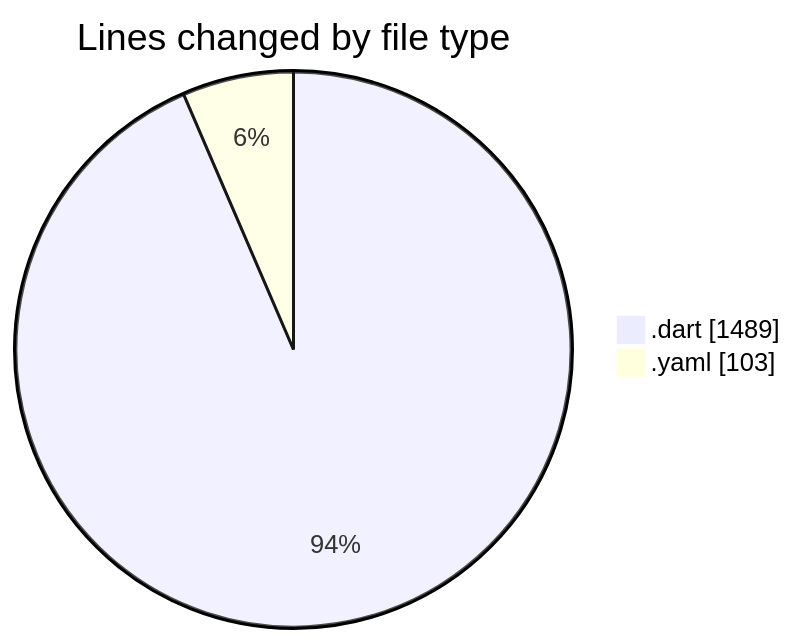
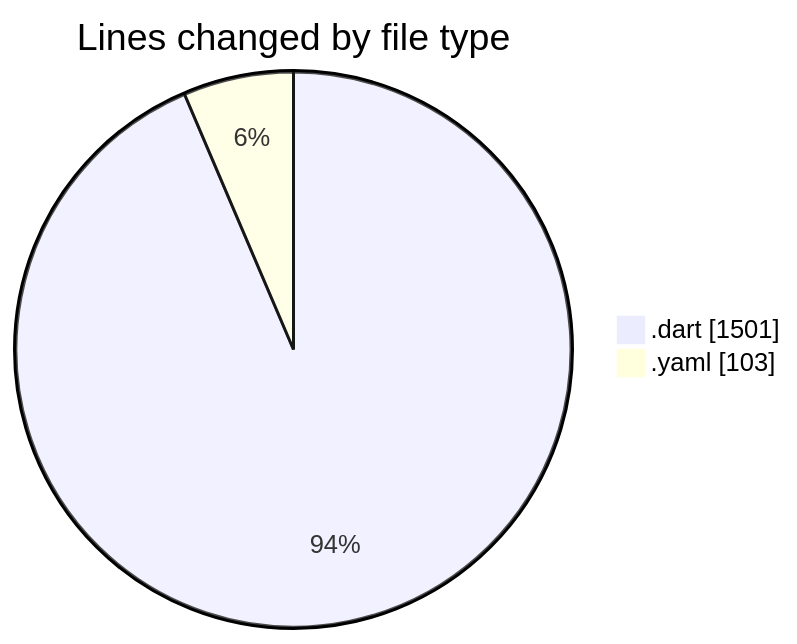
Before and after one commit to donsfak/code-tracking: the first of 2 diagrams in 2025-02-25/trackers_app/README.md, drawn with Mermaid. The commit also changed other lines of this file and 1 other file, not shown here.

````diff
--- a/2025-02-25/trackers_app/README.md
+++ b/2025-02-25/trackers_app/README.md
@@ -29,6 +29,6 @@
 ```mermaid
 pie showData
 title Lines changed by file type
-".dart" : 1489
+".dart" : 1501
 ".yaml" : 103
 ```
````
